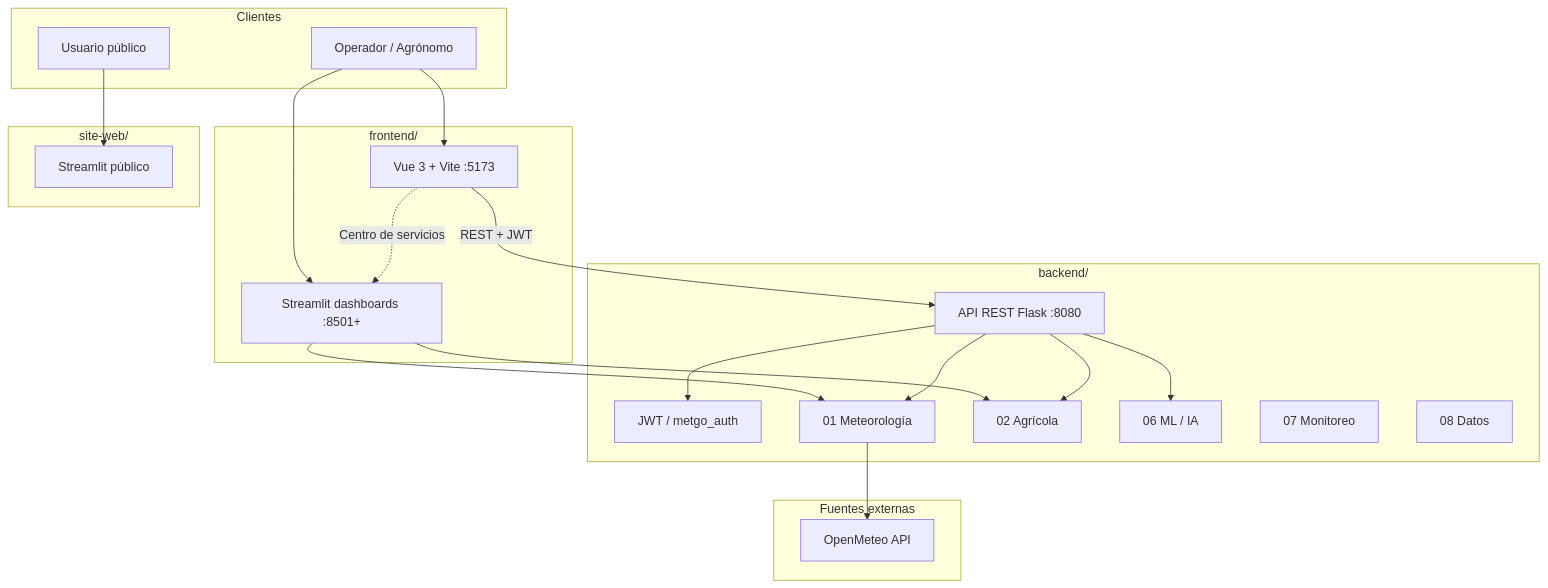
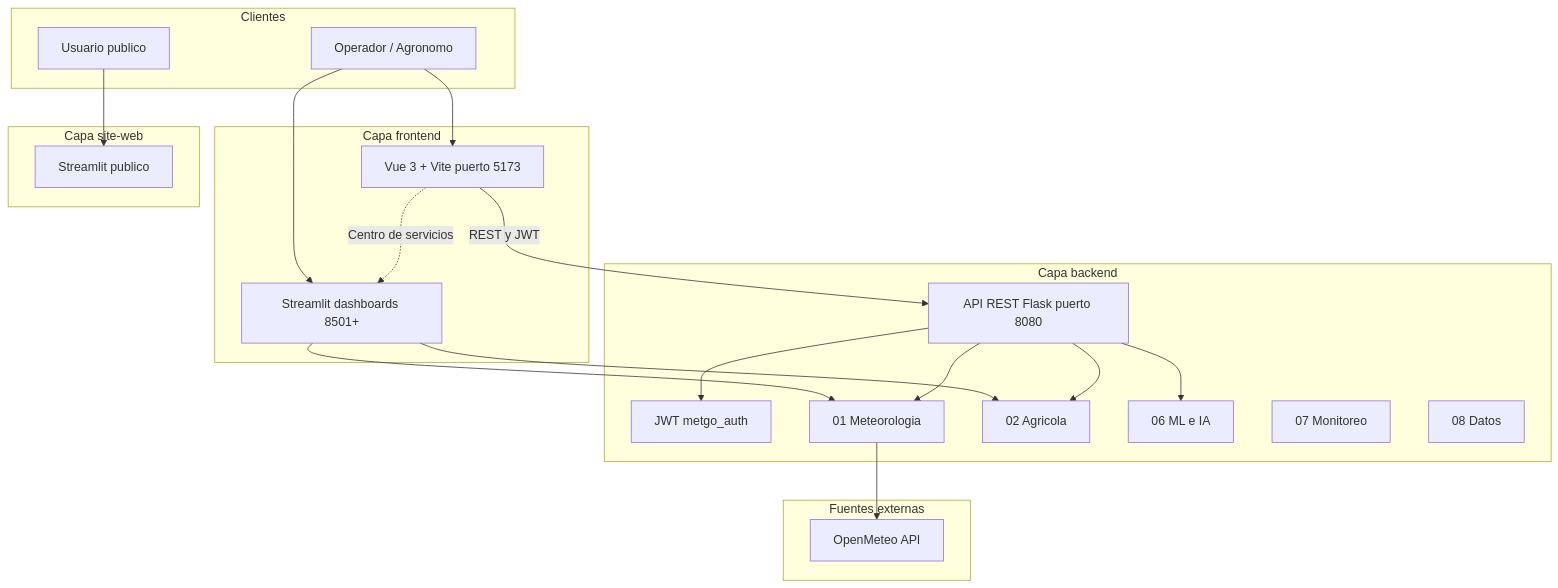
Before and after one commit to miguellucero123/METGO_3D_Quillota_60GB: the first of 4 diagrams in README.md, drawn with Mermaid. The commit also changed other lines of this file, not shown here.

Commit message:
fix(docs): diagramas Mermaid compatibles con GitHub

````diff
--- a/README.md
+++ b/README.md
@@ -59,43 +59,43 @@
 ```mermaid
 flowchart TB
-  subgraph Clientes["Clientes"]
-    U[Operador / Agrónomo]
-    P[Usuario público]
+  subgraph clientes [Clientes]
+    U["Operador / Agronomo"]
+    P["Usuario publico"]
   end
 
-  subgraph Frontend["frontend/"]
-    V[Vue 3 + Vite :5173]
-    ST[Streamlit dashboards :8501+]
+  subgraph capa_frontend [Capa frontend]
+    V["Vue 3 + Vite puerto 5173"]
+    ST["Streamlit dashboards 8501+"]
   end
 
-  subgraph SiteWeb["site-web/"]
-    PUB[Streamlit público]
+  subgraph capa_siteweb [Capa site-web]
+    PUB["Streamlit publico"]
   end
 
-  subgraph Backend["backend/"]
-    API[API REST Flask :8080]
-    AUTH[JWT / metgo_auth]
-    M01[01 Meteorología]
-    M02[02 Agrícola]
-    M06[06 ML / IA]
-    M07[07 Monitoreo]
-    M08[08 Datos]
+  subgraph capa_backend [Capa backend]
+    API["API REST Flask puerto 8080"]
+    AUTH["JWT metgo_auth"]
+    M01["01 Meteorologia"]
+    M02["02 Agricola"]
+    M06["06 ML e IA"]
+    M07["07 Monitoreo"]
+    M08["08 Datos"]
   end
 
-  subgraph Externos["Fuentes externas"]
-    OM[OpenMeteo API]
+  subgraph externos [Fuentes externas]
+    OM["OpenMeteo API"]
   end
 
   U --> V
   U --> ST
   P --> PUB
-  V -->|REST + JWT| API
+  V -->|REST y JWT| API
   ST --> M01
   ST --> M02
   API --> AUTH
   API --> M01
   API --> M02
   API --> M06
   M01 --> OM
   V -.->|Centro de servicios| ST
 ```
````
